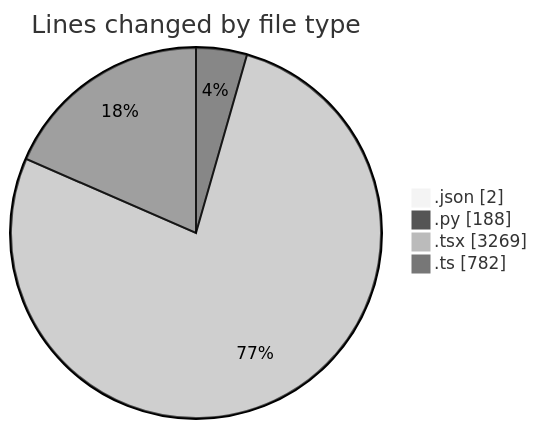
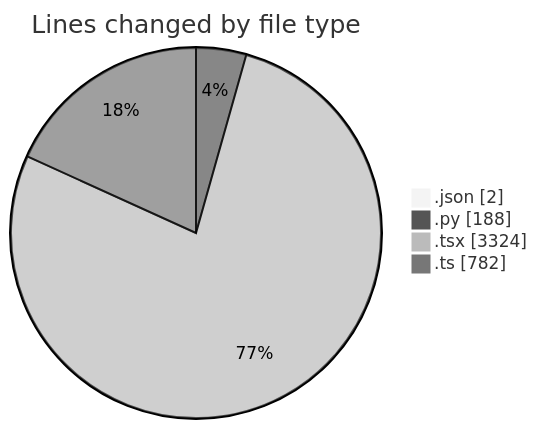
One commit to julien-gomy/code-tracking changed the first of 2 diagrams in 2025-10-06/eventscop-frontend-guide__workspace_/README.md. Above: the diagram before and after it, drawn with Mermaid (neutral theme). The commit also changed other lines of this file and 1 other file, not shown here.

````diff
--- a/2025-10-06/eventscop-frontend-guide__workspace_/README.md
+++ b/2025-10-06/eventscop-frontend-guide__workspace_/README.md
@@ -47,8 +47,8 @@
 ```mermaid
 pie showData
 title Lines changed by file type
 ".json" : 2
 ".py" : 188
-".tsx" : 3269
+".tsx" : 3324
 ".ts" : 782
 ```
````
